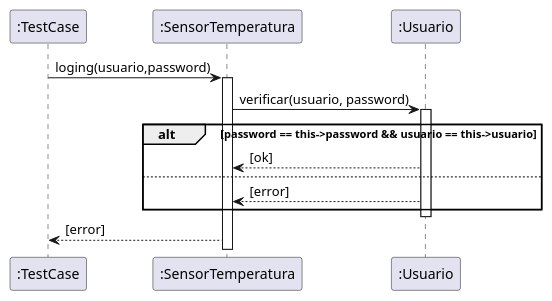
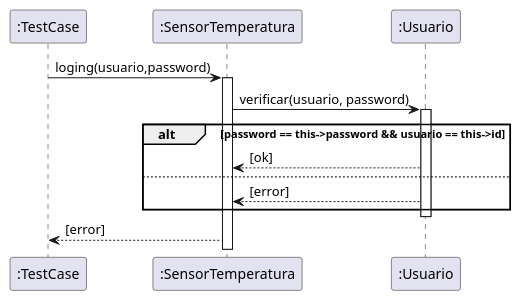
The diagram in diagramas/secuencias/secuencia_prueba_alt.plantuml (diegosanchez/invap-modulo-uml), drawn with PlantUML before and after one commit. The commit also changed 16 other files, not shown here.

```diff
--- a/diagramas/secuencias/secuencia_prueba_alt.plantuml
+++ b/diagramas/secuencias/secuencia_prueba_alt.plantuml
@@ -1,15 +1,15 @@
 @startuml
 ":TestCase" -> ":SensorTemperatura": loging(usuario,password)
 
 activate ":SensorTemperatura"
         ":SensorTemperatura" -> ":Usuario": verificar(usuario, password)
         activate ":Usuario"
-                alt password == this->password && usuario == this->usuario
+                alt password == this->password && usuario == this->id
                         ":Usuario" --> ":SensorTemperatura": [ok]
                 else  
                         ":Usuario" --> ":SensorTemperatura": [error]
                 end
         deactivate ":Usuario"
         ":SensorTemperatura" --> ":TestCase": [error]
 
 @enduml
```
